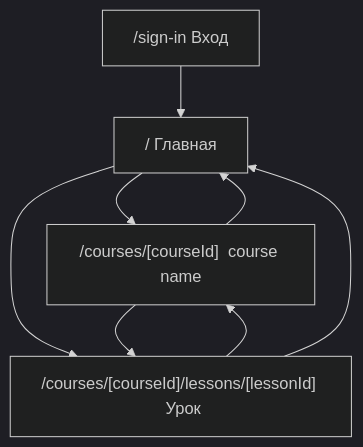
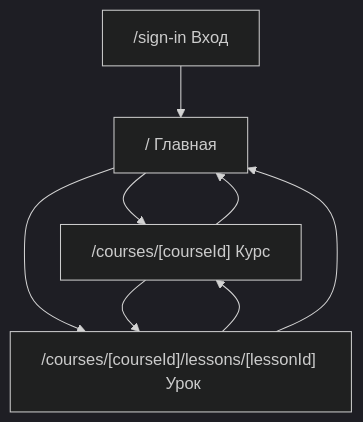
Before and after one commit to valmlord/academy: the diagram in design/flows/ia.md, drawn with Mermaid (dark theme). The commit also changed other lines of this file and 5 other files, not shown here.

````diff
--- a/design/flows/ia.md
+++ b/design/flows/ia.md
@@ -810,10 +668,10 @@
 ```mermaid
 flowchart TD
   signin["/sign-in  Вход"] --> dash["/  Главная"]
-  dash --> catalog["/courses/[courseId]  course name"]
+  dash --> catalog["/courses/[courseId]  Курс"]
   dash --> lesson["/courses/[courseId]/lessons/[lessonId]  Урок"]
   catalog --> lesson
   lesson --> catalog
   lesson --> dash
   catalog --> dash
 ```
````
